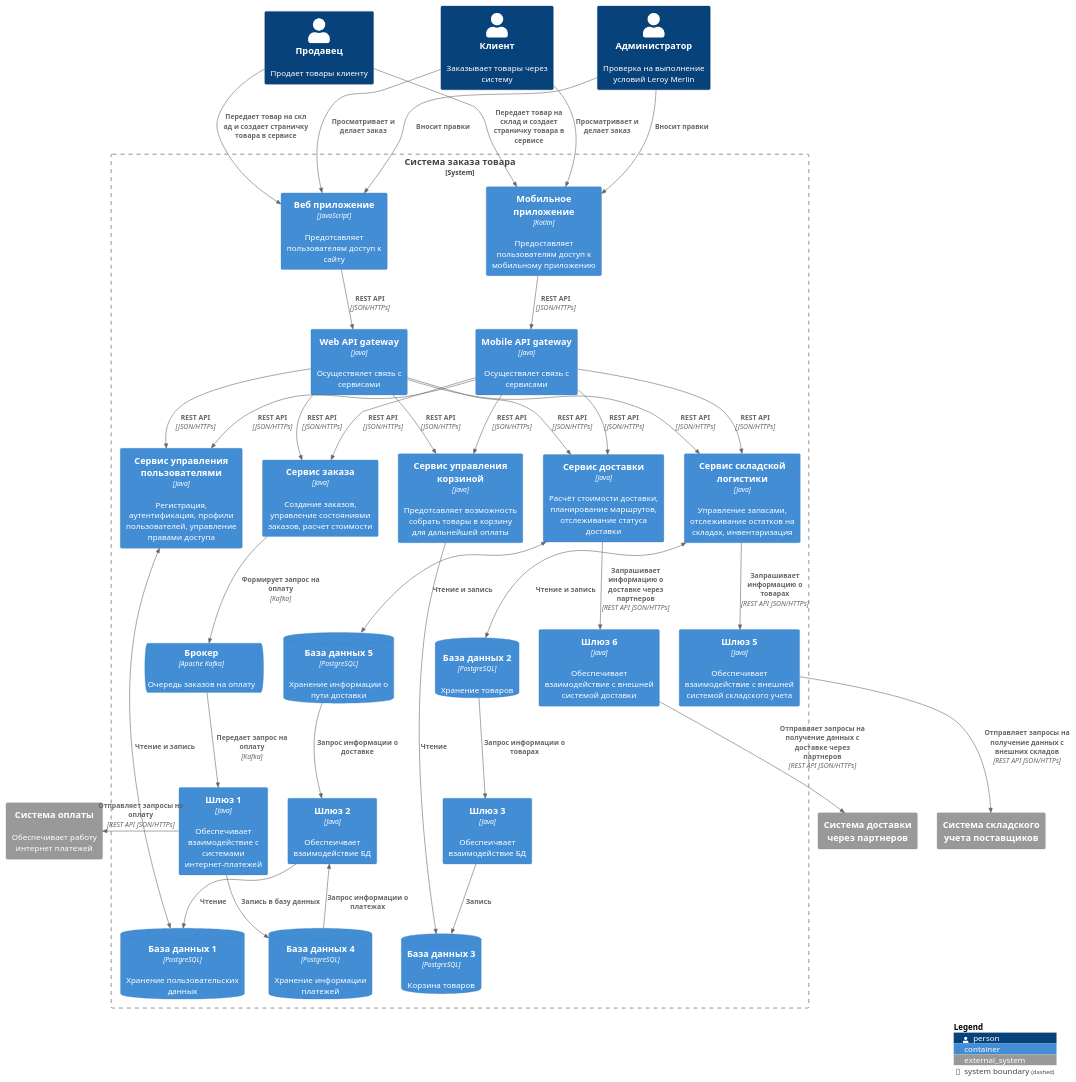
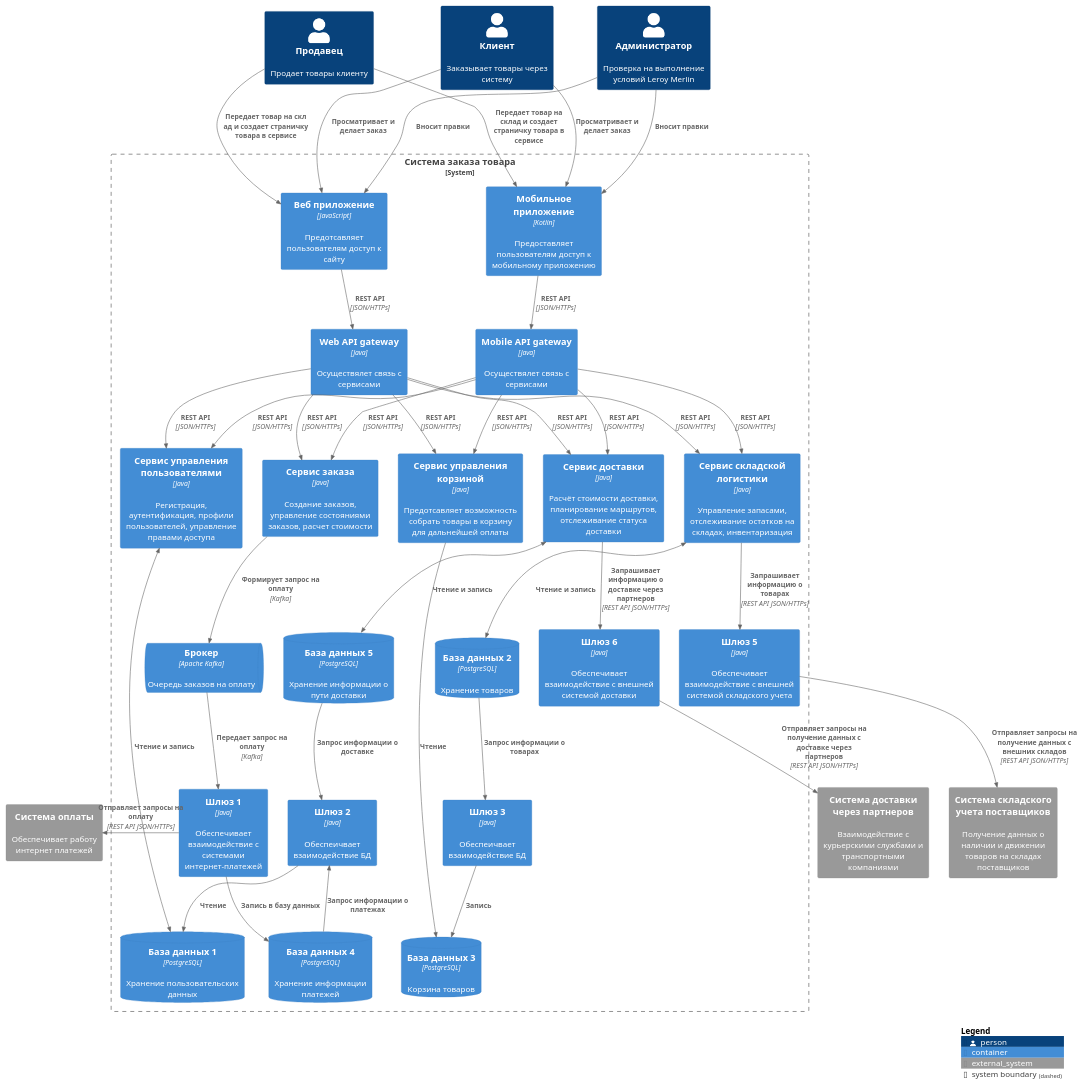
Before and after one commit to petr2633/Kontsevenko_analytics_practice: the diagram in diagram/LMContainer.puml, drawn with PlantUML. The commit also changed 1 other file, not shown here.

```diff
--- a/diagram/LMContainer.puml
+++ b/diagram/LMContainer.puml
@@ -1,75 +1,75 @@
 @startuml C4_Container
 !include <C4/C4_Container>
 
 Person(personAlias, "Клиент", "Заказывает товары через систему")
 Person(personAlias1, "Продавец", "Продает товары клиенту")
 Person(personAlias2, "Администратор", "Проверка на выполнение условий Leroy Merlin")
 
 System_Boundary(systemAlias, "Система заказа товара") {
     Container(mobile, "Мобильное приложение", "Kotlin", "Предоставляет пользователям доступ к мобильному приложению")
     Container(web, "Веб приложение", "JavaScript", "Предотсавляет пользователям доступ к сайту")
     Container(gatewayWeb, "Web API gateway", "Java", "Осуществялет связь с сервисами")
     Container(gatewayMobile, "Mobile API gateway", "Java", "Осуществялет связь с сервисами")
     Container(order, "Сервис заказа", "Java", "Создание заказов, управление состояниями заказов, расчет стоимости")
     Container(inventory, "Сервис складской логистики", "Java", "Управление запасами, отслеживание остатков на складах, инвентаризация")
     Container(delivery, "Сервис доставки", "Java", "Расчёт стоимости доставки, планирование маршрутов, отслеживание статуса доставки")
     Container(user, "Сервис управления пользователями", "Java", "Регистрация, аутентификация, профили пользователей, управление правами доступа")
     Container(cart, "Сервис управления корзиной", "Java", "Предотсавляет возможность собрать товары в корзину для дальнейшей оплаты")
     Container(shluzExt1, "Шлюз 5", "Java", "Обеспечивает взаимодействие с внешней системой складского учета")
     ContainerQueue(queue, "Брокер", "Apache Kafka", "Очередь заказов на оплату")
     Container(shluz, "Шлюз 1", "Java", "Обеспечивает взаимодействие с системами интернет-платежей")
     ContainerDb(database1, "База данных 1", "PostgreSQL", "Хранение пользовательских данных")
     Container(shluz2, "Шлюз 2", "Java", "Обеспеичвает взаимодействие БД")
     Container(shluz3, "Шлюз 3", "Java", "Обеспеичвает взаимодействие БД")
     Container(shluzExt2, "Шлюз 6","Java", "Обеспечивает взаимодействие с внешней системой доставки")
     ContainerDb(database2, "База данных 2", "PostgreSQL", "Хранение товаров")
     ContainerDb(database3, "База данных 3", "PostgreSQL", "Корзина товаров")
     ContainerDb(database4, "База данных 4", "PostgreSQL", "Хранение информации платежей")
     ContainerDb(database5, "База данных 5", "PostgreSQL", "Хранение информации о пути доставки")
 }
 
 System_Ext(payAlias, "Система оплаты", "Обеспечивает работу интернет платежей")
-System_Ext(deliveryAlias, "Система доставки через партнеров")
-System_Ext(wAlias, "Система складского учета поставщиков")
+System_Ext(deliveryAlias, "Система доставки через партнеров", "Взаимодействие с курьерскими службами и транспортными компаниями")
+System_Ext(wAlias, "Система складского учета поставщиков", "Получение данных о наличии и движении товаров на складах поставщиков")
 
 
 Rel(personAlias, mobile, "Просматривает и делает заказ")
 Rel(personAlias, web, "Просматривает и делает заказ")
 Rel(personAlias1, mobile, "Передает товар на склад и создает страничку товара в сервисе")
 Rel(personAlias1, web, "Передает товар на скл ад и создает страничку товара в сервисе")
 Rel(personAlias2, mobile, "Вносит правки")
 Rel(personAlias2, web, "Вносит правки")
 Rel(mobile, gatewayMobile, "REST API", "JSON/HTTPs")
 Rel(web, gatewayWeb, "REST API", "JSON/HTTPs")
 Rel(gatewayWeb, order, "REST API", "JSON/HTTPs")
 Rel(gatewayWeb, inventory, "REST API", "JSON/HTTPs")
 Rel(gatewayWeb, delivery, "REST API", "JSON/HTTPs")
 Rel(gatewayWeb, user, "REST API", "JSON/HTTPs")
 Rel(gatewayWeb, cart, "REST API", "JSON/HTTPs")
 Rel(gatewayMobile, order, "REST API", "JSON/HTTPs")
 Rel(gatewayMobile, inventory, "REST API", "JSON/HTTPs")
 Rel(gatewayMobile, delivery, "REST API", "JSON/HTTPs")
 Rel(gatewayMobile, user, "REST API", "JSON/HTTPs")
 Rel(gatewayMobile, cart, "REST API", "JSON/HTTPs")
 
 Rel(inventory, shluzExt1, "Запрашивает информацию о товарах", "REST API JSON/HTTPs")
 Rel(delivery, shluzExt2, "Запрашивает информацию о доставке через партнеров", "REST API JSON/HTTPs")
 Rel(shluzExt2, deliveryAlias, "Отправляет запросы на получение данных с доставке через партнеров", "REST API JSON/HTTPs")
 BiRel(user, database1, "Чтение и запись")
 Rel(cart, database3, "Чтение")
 BiRel(inventory, database2, "Чтение и запись")
 Rel(order, queue, "Формирует запрос на оплату", "Kafka")
 Rel(queue, shluz, "Передает запрос на оплату", "Kafka")
 Rel(shluz, database4, "Запись в базу данных")
 Rel_L(database4, shluz2, "Запрос информации о платежах")
 Rel(shluz2, database1, "Чтение")
 Rel_L(shluz, payAlias, "Отправляет запросы на оплату", "REST API JSON/HTTPs")
 Rel_D(database2, shluz3, "Запрос информации о товарах")
 Rel(shluz3, database3, "Запись")
 BiRel(delivery, database5, "Чтение и запись")
 Rel_D(database5, shluz2, "Запрос информации о доставке")
 Rel(shluzExt1, wAlias, "Отправляет запросы на получение данных с внешних складов", "REST API JSON/HTTPs")   
 
 
 SHOW_LEGEND()
 @enduml 
```
